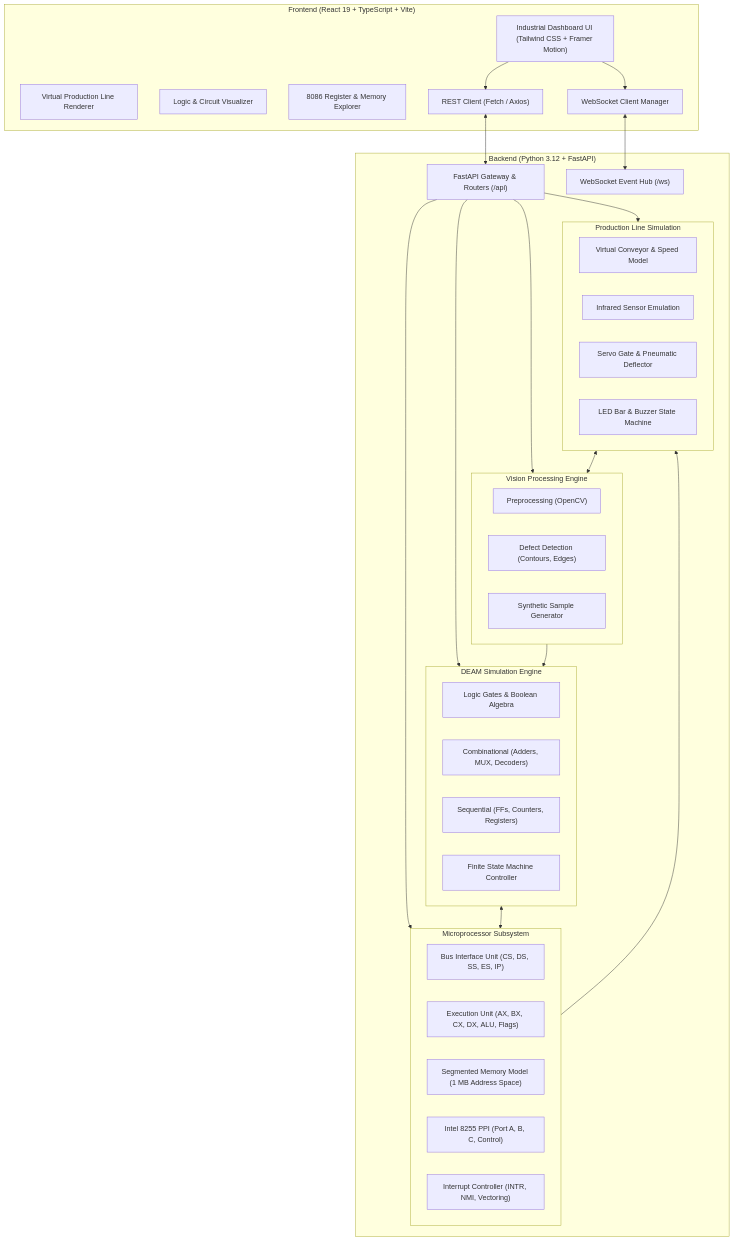
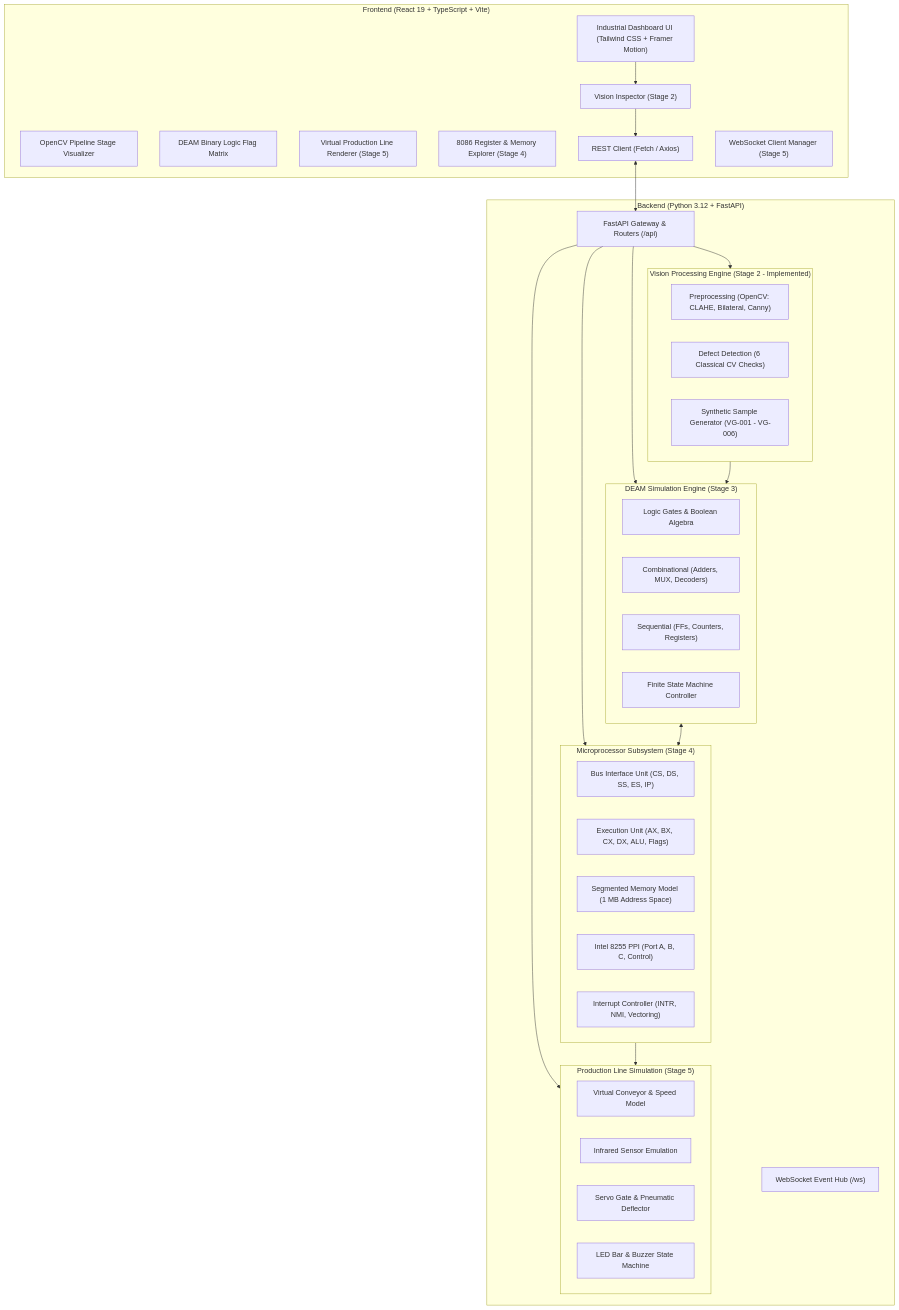
The diagram in docs/SYSTEM_ARCHITECTURE.md (omkargajare67/VisionGuard-2.0), drawn with Mermaid before and after one commit. The commit also changed other lines of this file and 24 other files, not shown here.

Commit message:
feat(stage-2): implement OpenCV vision inspection engine, synthetic generator, and interactive UI

````diff
--- a/docs/SYSTEM_ARCHITECTURE.md
+++ b/docs/SYSTEM_ARCHITECTURE.md
@@ -6,57 +6,57 @@
 ```mermaid
 flowchart TD
     subgraph Client ["Frontend (React 19 + TypeScript + Vite)"]
         UI["Industrial Dashboard UI (Tailwind CSS + Framer Motion)"]
-        ConveyorViz["Virtual Production Line Renderer"]
-        DEAMViz["Logic & Circuit Visualizer"]
-        CPU8086Viz["8086 Register & Memory Explorer"]
-        WSClient["WebSocket Client Manager"]
+        Inspector["Vision Inspector (Stage 2)"]
+        PipelineViz["OpenCV Pipeline Stage Visualizer"]
+        TelemetryGrid["DEAM Binary Logic Flag Matrix"]
+        ConveyorViz["Virtual Production Line Renderer (Stage 5)"]
+        CPU8086Viz["8086 Register & Memory Explorer (Stage 4)"]
         APIClient["REST Client (Fetch / Axios)"]
+        WSClient["WebSocket Client Manager (Stage 5)"]
     end
 
     subgraph Server ["Backend (Python 3.12 + FastAPI)"]
         Router["FastAPI Gateway & Routers (/api)"]
         WSHub["WebSocket Event Hub (/ws)"]
         
-        subgraph VisionCore ["Vision Processing Engine"]
-            PreProc["Preprocessing (OpenCV)"]
-            DefectDet["Defect Detection (Contours, Edges)"]
-            SamplesGen["Synthetic Sample Generator"]
+        subgraph VisionCore ["Vision Processing Engine (Stage 2 - Implemented)"]
+            PreProc["Preprocessing (OpenCV: CLAHE, Bilateral, Canny)"]
+            DefectDet["Defect Detection (6 Classical CV Checks)"]
+            SamplesGen["Synthetic Sample Generator (VG-001 - VG-006)"]
         end
         
-        subgraph DEAMCore ["DEAM Simulation Engine"]
+        subgraph DEAMCore ["DEAM Simulation Engine (Stage 3)"]
             Gates["Logic Gates & Boolean Algebra"]
             Comb["Combinational (Adders, MUX, Decoders)"]
             Seq["Sequential (FFs, Counters, Registers)"]
             FSM["Finite State Machine Controller"]
         end
 
-        subgraph MP8086Core ["Microprocessor Subsystem"]
+        subgraph MP8086Core ["Microprocessor Subsystem (Stage 4)"]
             BIU["Bus Interface Unit (CS, DS, SS, ES, IP)"]
             EU["Execution Unit (AX, BX, CX, DX, ALU, Flags)"]
             Mem["Segmented Memory Model (1 MB Address Space)"]
             PPI["Intel 8255 PPI (Port A, B, C, Control)"]
             IntController["Interrupt Controller (INTR, NMI, Vectoring)"]
         end
 
-        subgraph SimEngine ["Production Line Simulation"]
+        subgraph SimEngine ["Production Line Simulation (Stage 5)"]
             PhysLine["Virtual Conveyor & Speed Model"]
             IRSensor["Infrared Sensor Emulation"]
             Actuators["Servo Gate & Pneumatic Deflector"]
             StatusSigs["LED Bar & Buzzer State Machine"]
         end
     end
 
-    UI --> APIClient
-    UI --> WSClient
+    UI --> Inspector
+    Inspector --> APIClient
     APIClient <--> Router
-    WSClient <--> WSHub
     Router --> VisionCore
     Router --> DEAMCore
     Router --> MP8086Core
     Router --> SimEngine
-    SimEngine <--> VisionCore
     VisionCore --> DEAMCore
     DEAMCore <--> MP8086Core
     MP8086Core --> SimEngine
 ```
````
